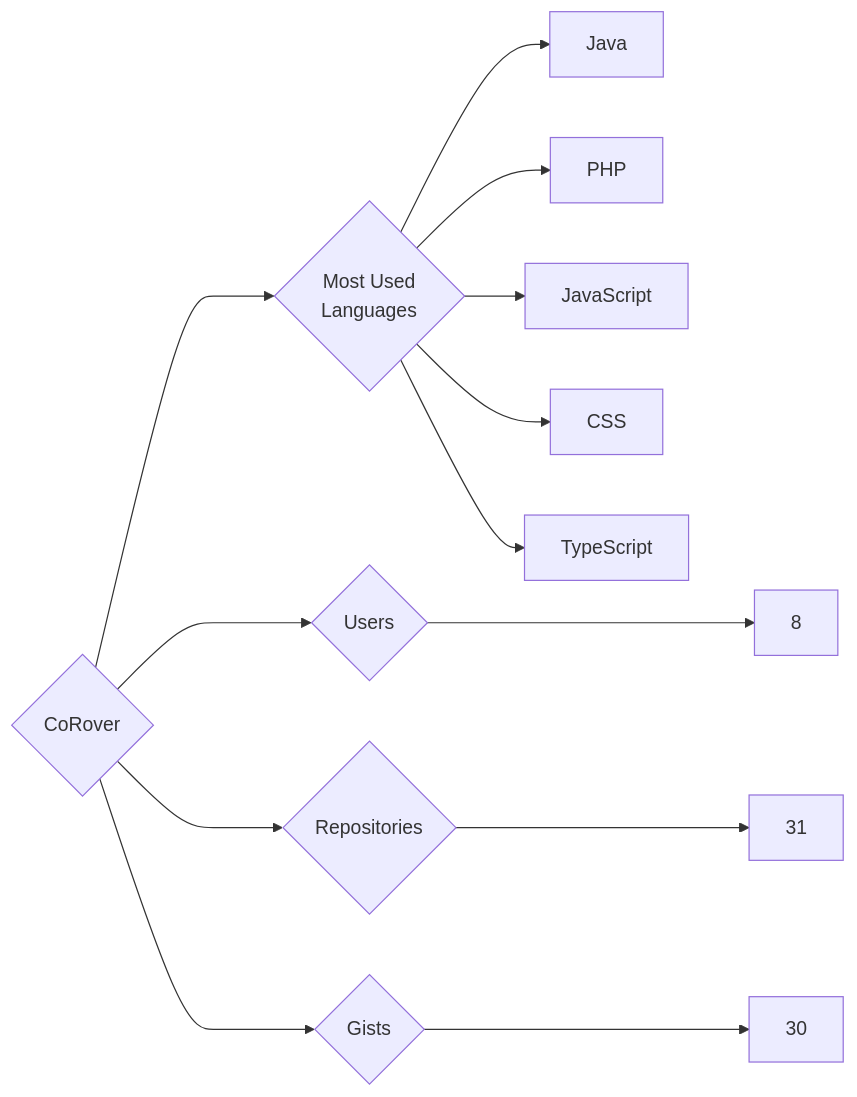
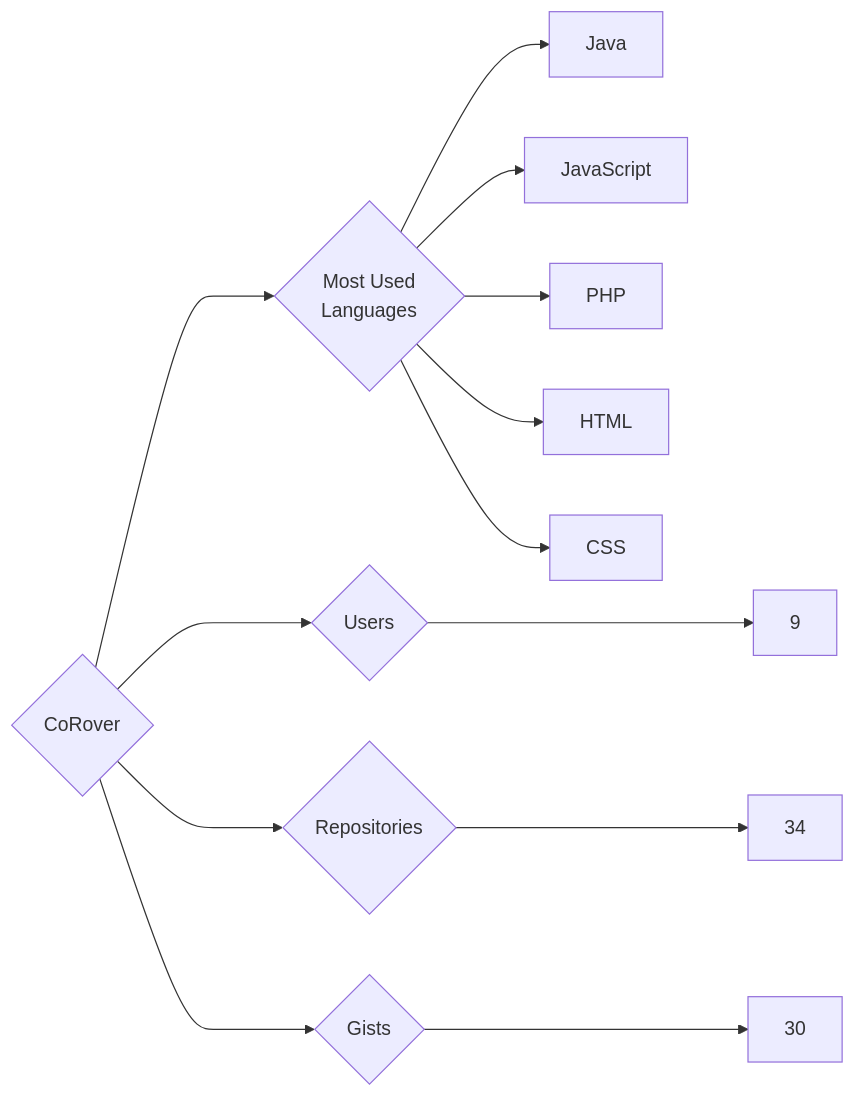
Before and after one commit to trickest/insiders: the diagram in targets/CoRover/README.md, drawn with Mermaid. The commit also changed 1149 other files, not shown here.

````diff
--- a/targets/CoRover/README.md
+++ b/targets/CoRover/README.md
@@ -3,13 +3,13 @@
 ```mermaid
 graph LR
 COMPANY_NAME{CoRover}
-COMPANY_NAME ---> U{Users} ---> UN[8]
-COMPANY_NAME ---> R{Repositories} ---> RN[31]
+COMPANY_NAME ---> U{Users} ---> UN[9]
+COMPANY_NAME ---> R{Repositories} ---> RN[34]
 COMPANY_NAME ---> G{Gists} ---> GN[30]
 COMPANY_NAME ---> ML{Most Used<br>Languages}
 ML --> Java[Java]
+ML --> JavaScript[JavaScript]
 ML --> PHP[PHP]
-ML --> JavaScript[JavaScript]
+ML --> HTML[HTML]
 ML --> CSS[CSS]
-ML --> TypeScript[TypeScript]
 ```
````
